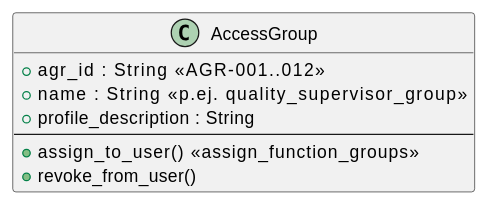
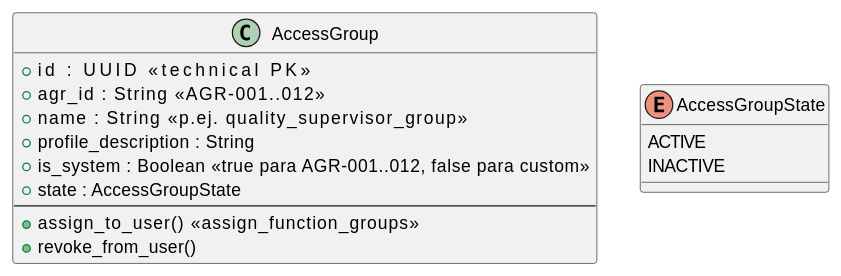
Before and after one commit to jcg-admin/IACT-docs: the diagram in source/arquitectura-tecnica/domain-model/access-group.rst, drawn with PlantUML. The commit also changed 6 other files, not shown here.

```diff
--- a/source/arquitectura-tecnica/domain-model/access-group.rst
+++ b/source/arquitectura-tecnica/domain-model/access-group.rst
@@ -25,15 +25,23 @@
 .. uml::
  :caption: Clase AccessGroup — perfil de acceso AGR del sistema IACT.
 
  @startuml
 
  class AccessGroup {
+   + id : UUID                  <<technical PK>>
    + agr_id : String          <<AGR-001..012>>
    + name : String            <<p.ej. quality_supervisor_group>>
    + profile_description : String
+   + is_system : Boolean      <<true para AGR-001..012, false para custom>>
+   + state : AccessGroupState
    --
    + assign_to_user()        <<assign_function_groups>>
    + revoke_from_user()
  }
 
+ enum AccessGroupState {
+   ACTIVE
+   INACTIVE
+ }
+
  @enduml
```
